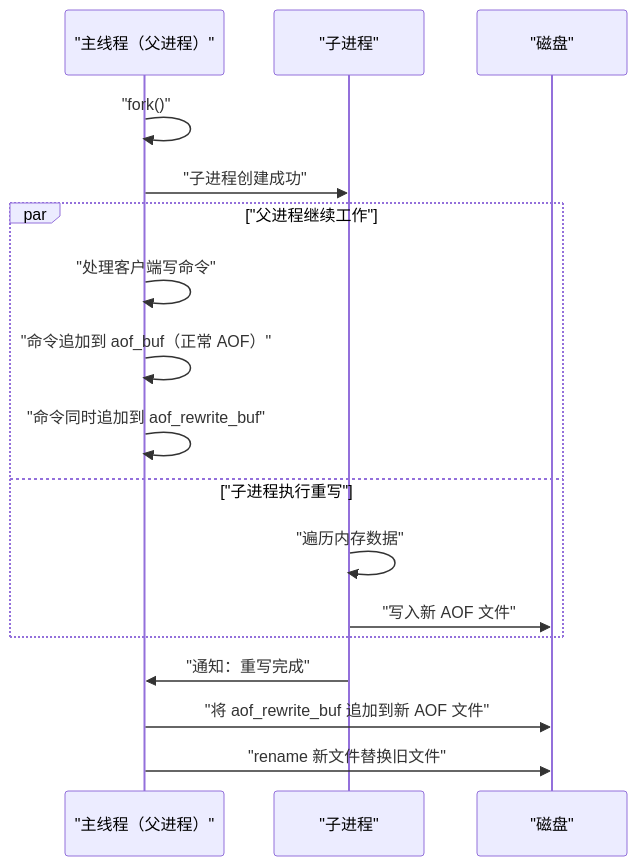
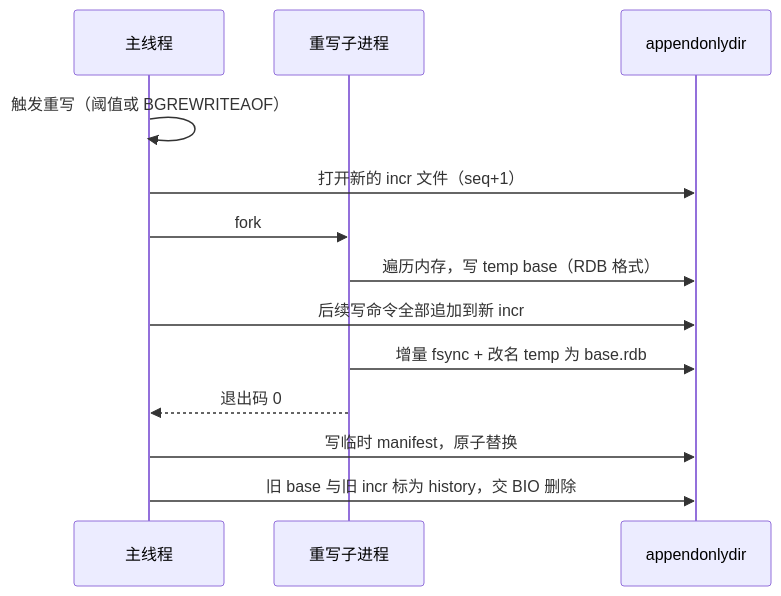
Before and after one commit to hpliStartAgain/my-brain: the fourth of 6 diagrams in content/中间件/Redis/Redis设计与实现/08 AOF 持久化与混合持久化.md, drawn with Mermaid. The commit also changed other lines of this file and 455 other files, not shown here.

````diff
--- a/content/中间件/Redis/Redis设计与实现/08 AOF 持久化与混合持久化.md
+++ b/content/中间件/Redis/Redis设计与实现/08 AOF 持久化与混合持久化.md
@@ -125,23 +217,17 @@
 ```mermaid
 %%{init: {'theme': 'dracula'}}%%
 sequenceDiagram
-    participant M as "主线程（父进程）"
-    participant C as "子进程"
-    participant D as "磁盘"
+    participant M as 主线程
+    participant C as 重写子进程
+    participant D as appendonlydir
 
-    M->>M: "fork()"
-    M->>C: "子进程创建成功"
-
-    par "父进程继续工作"
-        M->>M: "处理客户端写命令"
-        M->>M: "命令追加到 aof_buf（正常 AOF）"
-        M->>M: "命令同时追加到 aof_rewrite_buf"
-    and "子进程执行重写"
-        C->>C: "遍历内存数据"
-        C->>D: "写入新 AOF 文件"
-    end
-
-    C->>M: "通知：重写完成"
-    M->>D: "将 aof_rewrite_buf 追加到新 AOF 文件"
-    M->>D: "rename 新文件替换旧文件"
+    M->>M: 触发重写（阈值或 BGREWRITEAOF）
+    M->>D: 打开新的 incr 文件（seq+1）
+    M->>C: fork
+    C->>D: 遍历内存，写 temp base（RDB 格式）
+    M->>D: 后续写命令全部追加到新 incr
+    C->>D: 增量 fsync + 改名 temp 为 base.rdb
+    C-->>M: 退出码 0
+    M->>D: 写临时 manifest，原子替换
+    M->>D: 旧 base 与旧 incr 标为 history，交 BIO 删除
 ```
````
